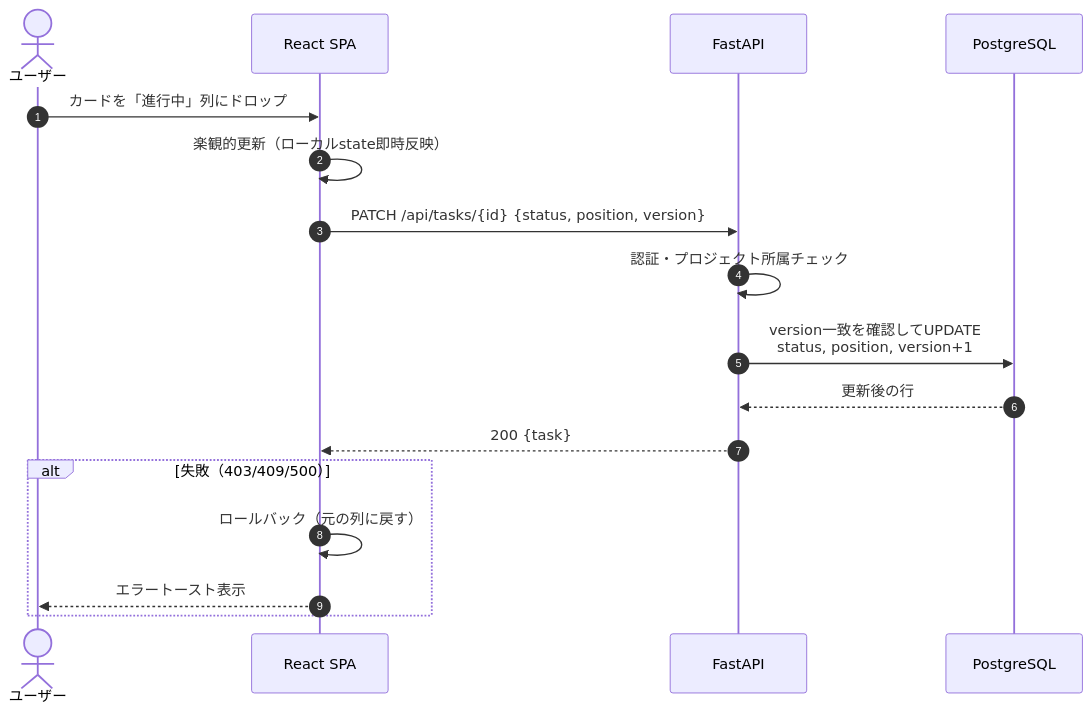
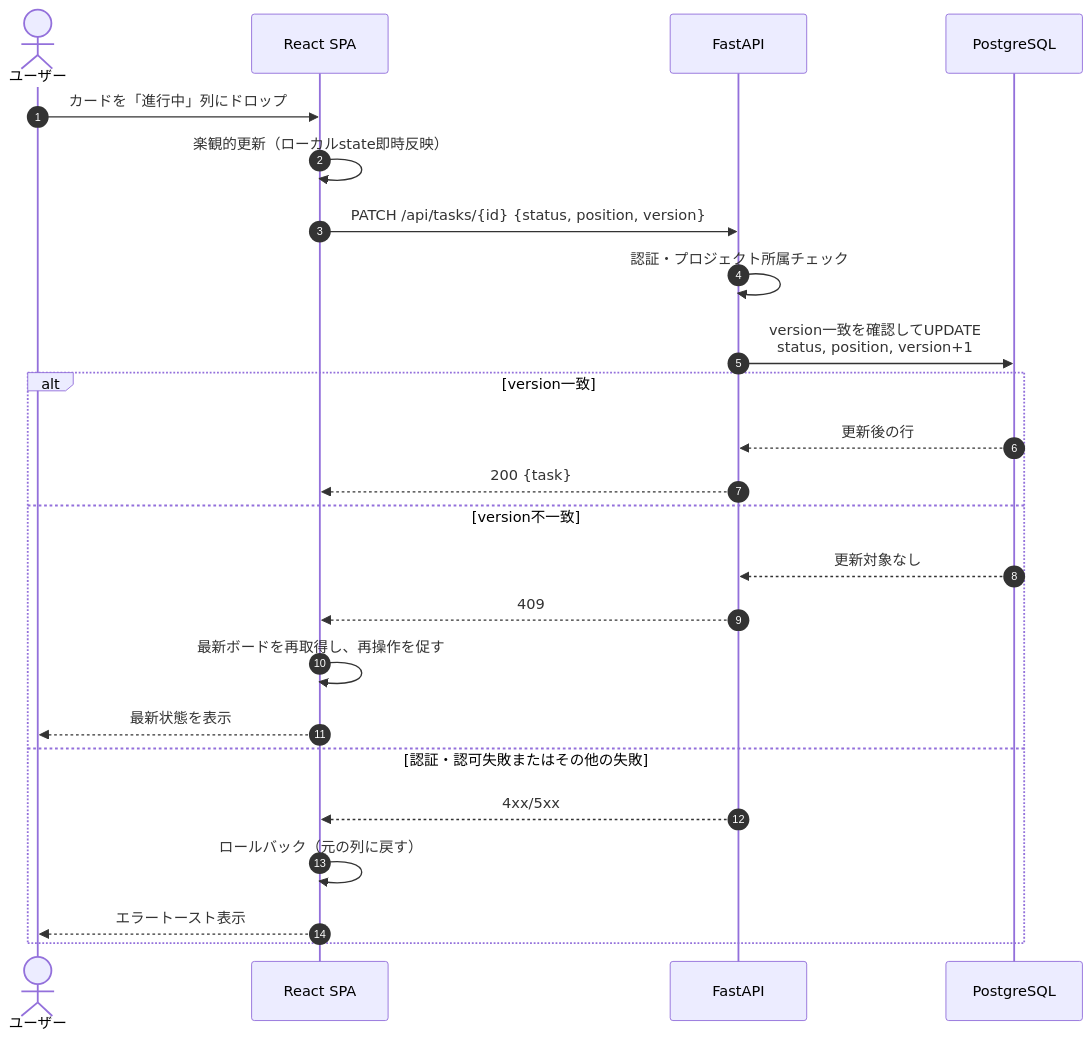
One commit to oikawa-d/task_management changed the fifth of 7 diagrams in basic_design/00_overview.md. Above: the diagram before and after it, drawn with Mermaid. The commit also changed 28 other files, not shown here.

````diff
--- a/basic_design/00_overview.md
+++ b/basic_design/00_overview.md
@@ -175,20 +175,27 @@
 ```mermaid
 sequenceDiagram
     autonumber
     actor U as ユーザー
     participant FE as React SPA
     participant API as FastAPI
     participant PG as PostgreSQL
 
     U->>FE: カードを「進行中」列にドロップ
     FE->>FE: 楽観的更新（ローカルstate即時反映）
     FE->>API: PATCH /api/tasks/{id} {status, position, version}
     API->>API: 認証・プロジェクト所属チェック
     API->>PG: version一致を確認してUPDATE<br/>status, position, version+1
-    PG-->>API: 更新後の行
-    API-->>FE: 200 {task}
-    alt 失敗（403/409/500）
+    alt version一致
+        PG-->>API: 更新後の行
+        API-->>FE: 200 {task}
+    else version不一致
+        PG-->>API: 更新対象なし
+        API-->>FE: 409
+        FE->>FE: 最新ボードを再取得し、再操作を促す
+        FE-->>U: 最新状態を表示
+    else 認証・認可失敗またはその他の失敗
+        API-->>FE: 4xx/5xx
         FE->>FE: ロールバック（元の列に戻す）
         FE-->>U: エラートースト表示
     end
 ```
````
